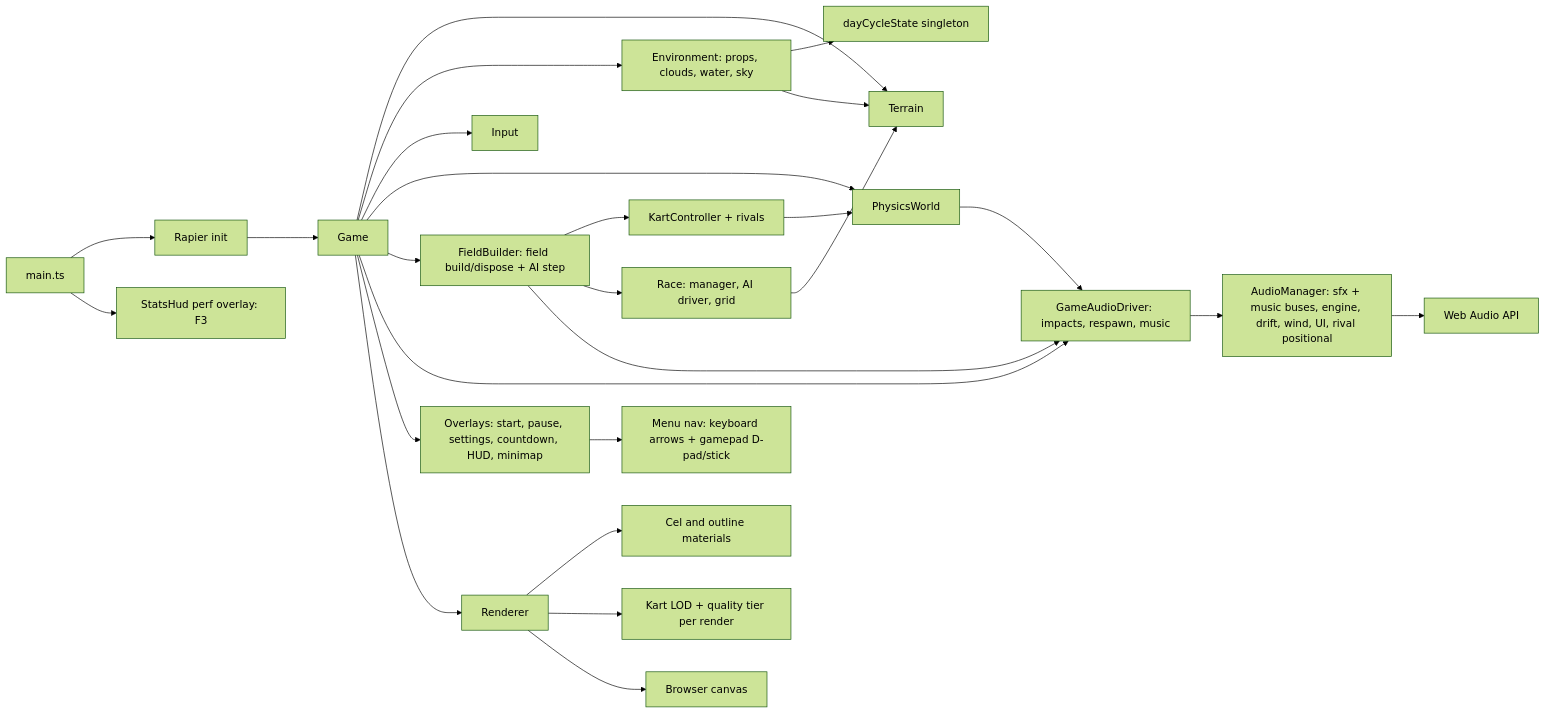
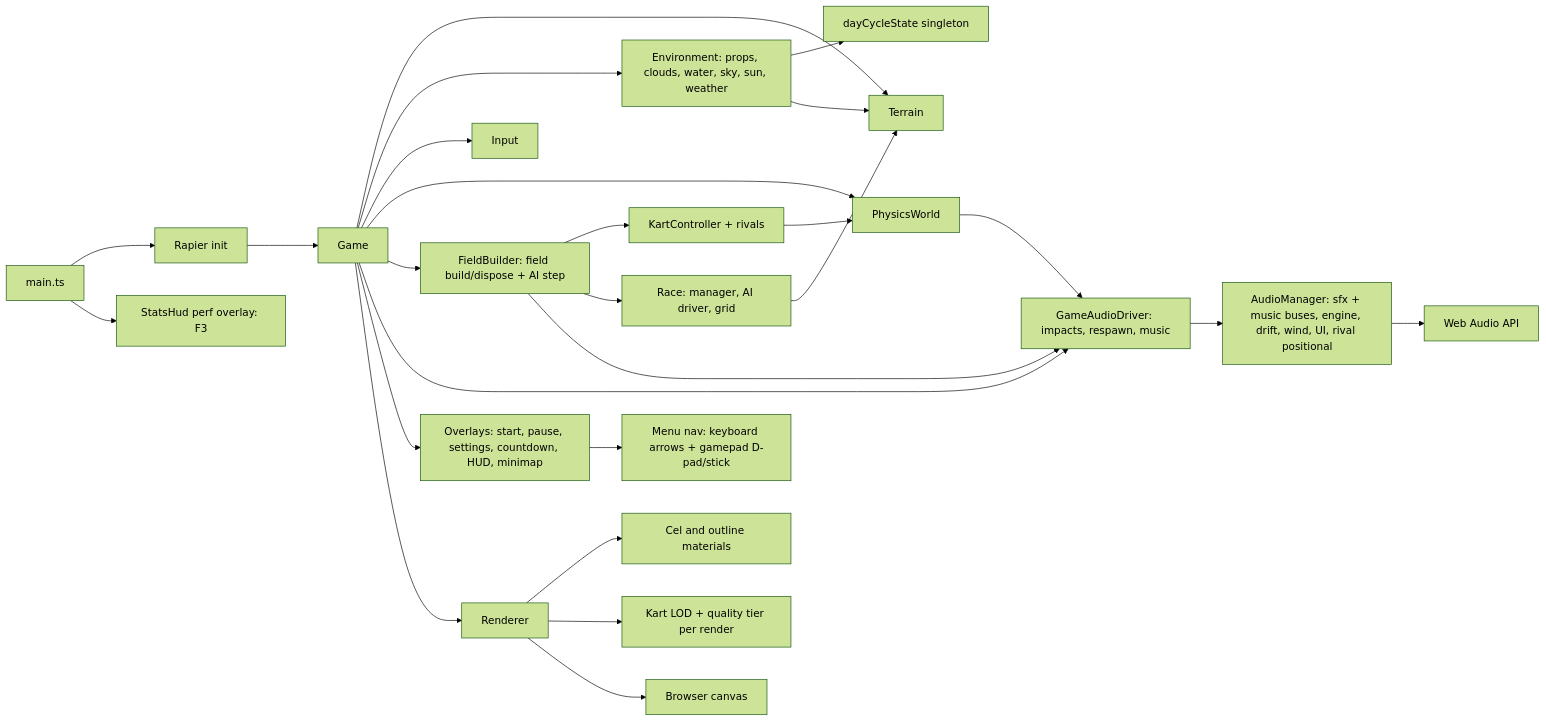
One commit to jjgroenendijk/cart-game changed the diagram in AGENTS.md. Above: the diagram before and after it, drawn with Mermaid (forest theme). The commit also changed 11 other files, not shown here.

````diff
--- a/AGENTS.md
+++ b/AGENTS.md
@@ -23,28 +23,28 @@
 ```mermaid
 flowchart LR
   main[main.ts] --> rapier[Rapier init]
   rapier --> game[Game]
   game --> terrain[Terrain]
-  game --> env[Environment: props, clouds, water, sky]
+  game --> env[Environment: props, clouds, water, sky, sun, weather]
   env --> dayCycle[dayCycleState singleton]
   env --> terrain
   game --> input[Input]
   game --> physics[PhysicsWorld]
   game --> field[FieldBuilder: field build/dispose + AI step]
   field --> kart[KartController + rivals]
   field --> race[Race: manager, AI driver, grid]
   kart --> physics
   race --> terrain
   game --> gameAudio[GameAudioDriver: impacts, respawn, music]
   field --> gameAudio
   physics --> gameAudio
   gameAudio --> audio[AudioManager: sfx + music buses, engine, drift, wind, UI, rival positional]
   audio --> webaudio[Web Audio API]
   game --> ui[Overlays: start, pause, settings, countdown, HUD, minimap]
   ui --> menuNav[Menu nav: keyboard arrows + gamepad D-pad/stick]
   game --> renderer[Renderer]
   renderer --> materials[Cel and outline materials]
   renderer --> lod[Kart LOD + quality tier per render]
   renderer --> canvas[Browser canvas]
   main --> statsHud[StatsHud perf overlay: F3]
 ```
````
